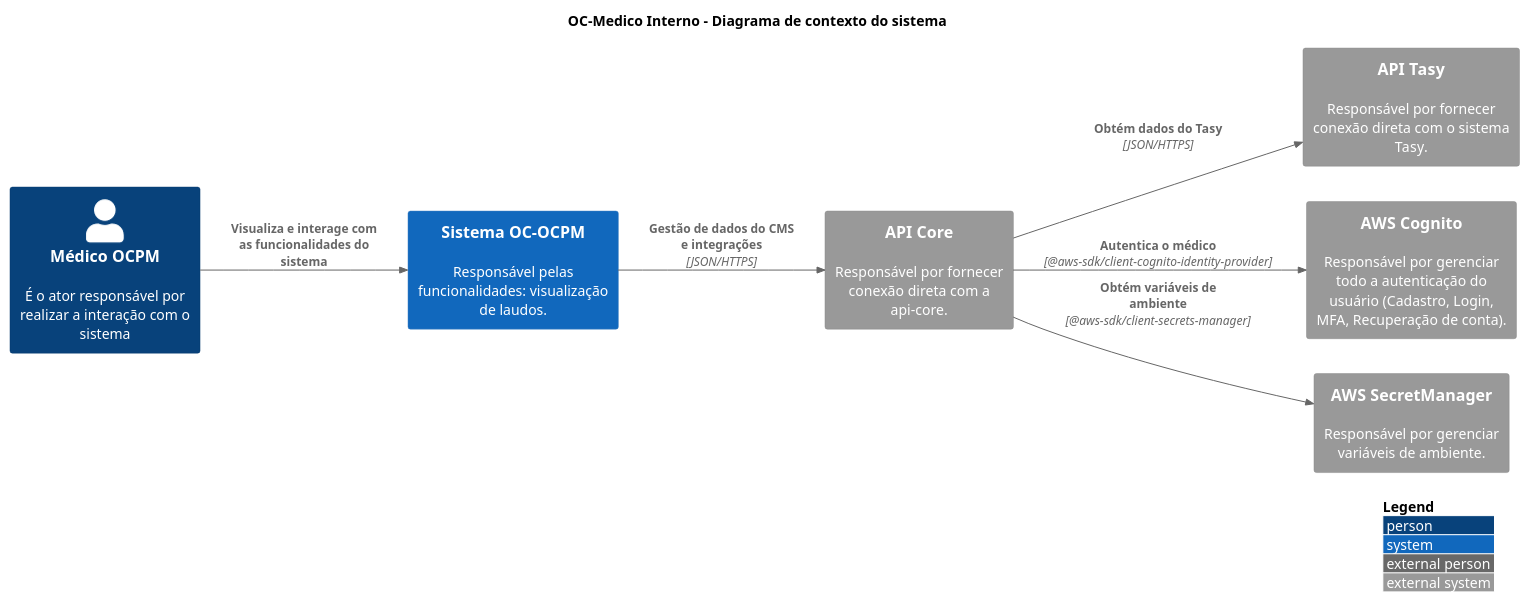
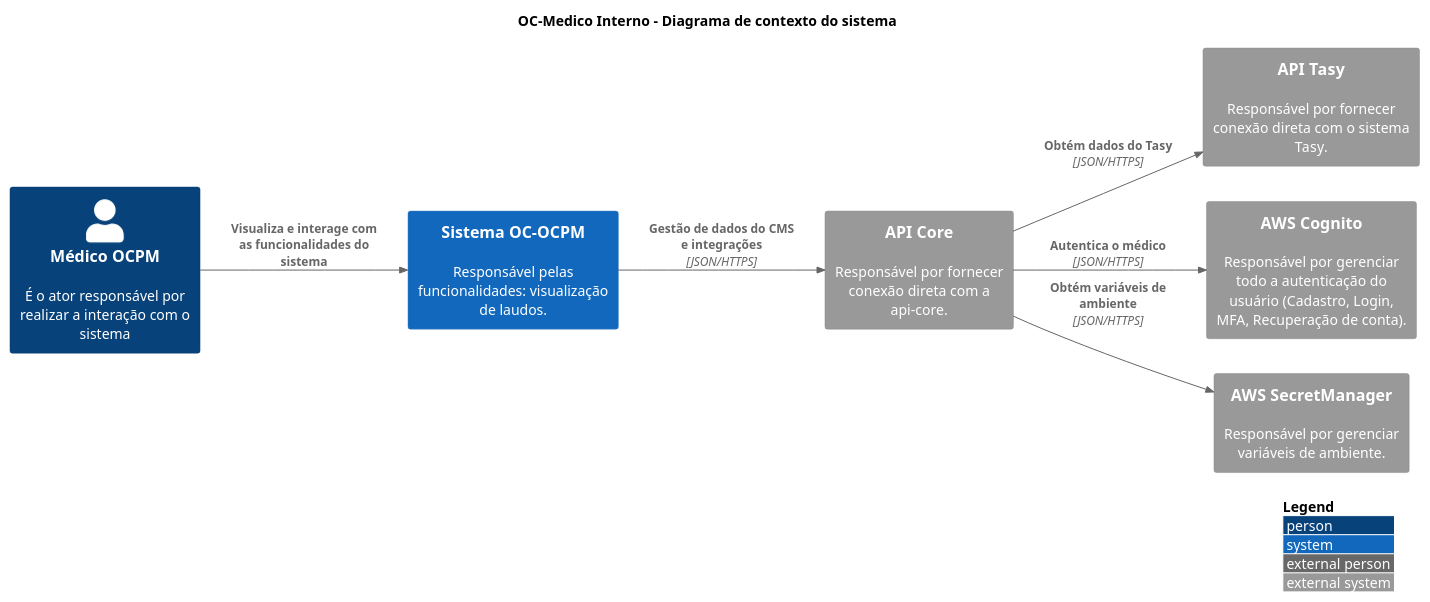
One commit to luizggbasedigital/poc-oc-docs changed the diagram in src/OC-OCPM/C1. Visão Geral/context.puml. Above: the diagram before and after it, drawn with PlantUML. The commit also changed 7 other files, not shown here.

Commit message:
docs: remove lib declarations in context and containers diagrams

```diff
--- a/src/OC-OCPM/C1. Visão Geral/context.puml
+++ b/src/OC-OCPM/C1. Visão Geral/context.puml
@@ -1,37 +1,37 @@
 @startuml "Context Diagram"
 
 title "OC-Medico Interno - Diagrama de contexto do sistema"
 
 !include https://raw.githubusercontent.com/adrianvlupu/C4-PlantUML/latest/C4_Context.puml
 
 LAYOUT_WITH_LEGEND()
 LAYOUT_LEFT_RIGHT()
 
 skinparam backgroundcolor transparent
 
 /'Actors'/
 Person(ActorOCPMPhysician, "Médico OCPM", "É o ator responsável por realizar a interação com o sistema")
 
 /'Internal Systems'/
 System(SystemOCOCPM, "Sistema OC-OCPM", "Responsável pelas funcionalidades: visualização de laudos.")
 
 /'External Systems'/
 System_Ext(SystemTasyApi, "API Tasy", "Responsável por fornecer conexão direta com o sistema Tasy.")
 
 /'API-Core Systems'/
 System_Ext(SystemApiCore, "API Core", "Responsável por fornecer conexão direta com a api-core.")
 
 /'AWS Systems'/
 System_Ext(SystemAWSCognito, "AWS Cognito", "Responsável por gerenciar todo a autenticação do usuário (Cadastro, Login, MFA, Recuperação de conta).")
 System_Ext(SystemAWSSecretManager, "AWS SecretManager", "Responsável por gerenciar variáveis de ambiente.")
 
 /'Relations'/
 Rel(ActorOCPMPhysician, SystemOCOCPM, "Visualiza e interage com as funcionalidades do sistema")
 
 /'API-Core Integrations'/
 Rel(SystemOCOCPM, SystemApiCore, "Gestão de dados do CMS e integrações", "JSON/HTTPS")
 Rel(SystemApiCore, SystemTasyApi, "Obtém dados do Tasy", "JSON/HTTPS")
-Rel(SystemApiCore, SystemAWSCognito, "Autentica o médico", "@aws-sdk/client-cognito-identity-provider")
-Rel(SystemApiCore, SystemAWSSecretManager, "Obtém variáveis de ambiente", "@aws-sdk/client-secrets-manager")
+Rel(SystemApiCore, SystemAWSCognito, "Autentica o médico", "JSON/HTTPS")
+Rel(SystemApiCore, SystemAWSSecretManager, "Obtém variáveis de ambiente", "JSON/HTTPS")
 
 @enduml
```
